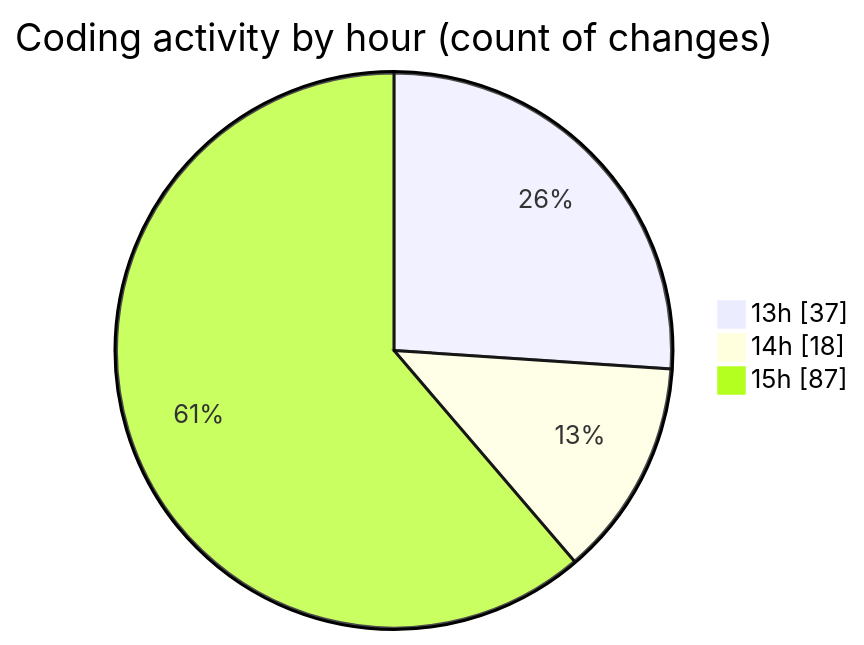
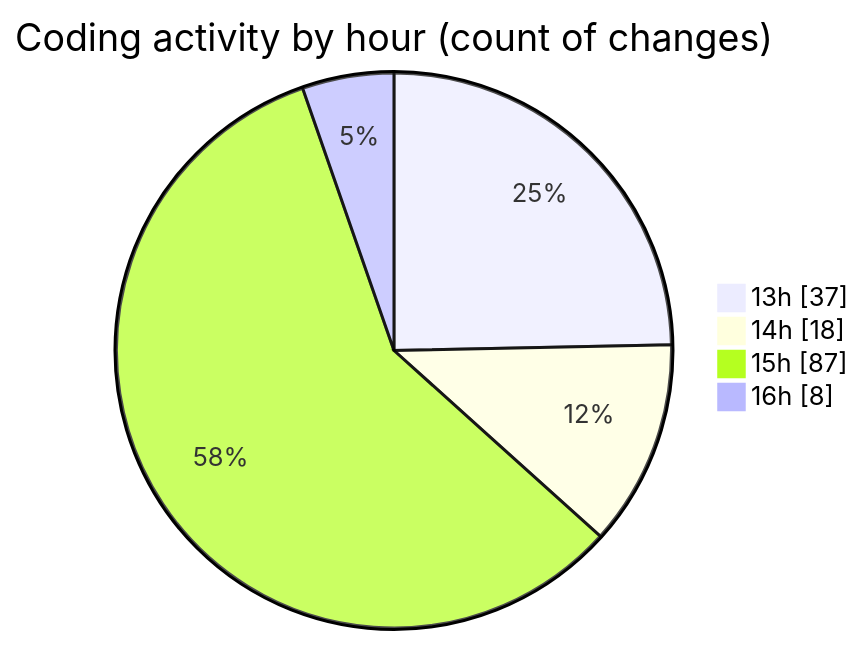
The second of 2 diagrams in 2026-04-11/scripting_workshop/README.md (Unknowalive/code-tracking), drawn with Mermaid before and after one commit. The commit also changed other lines of this file and 1 other file, not shown here.

````diff
--- a/2026-04-11/scripting_workshop/README.md
+++ b/2026-04-11/scripting_workshop/README.md
@@ -64,7 +64,8 @@
 ```mermaid
 pie showData
 title Coding activity by hour (count of changes)
 "13h" : 37
 "14h" : 18
 "15h" : 87
+"16h" : 8
 ```
````
